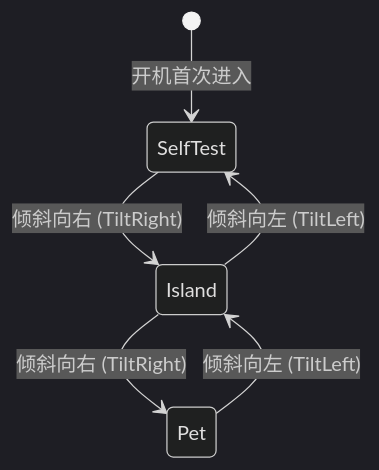
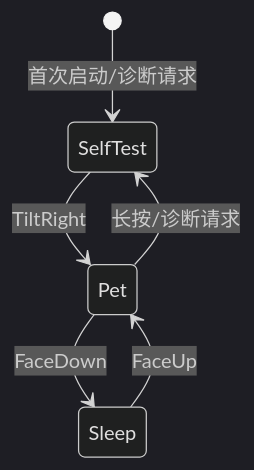
One commit to onenewcode/digivice changed the diagram in docs/architecture/04-ui-and-graphics.md. Above: the diagram before and after it, drawn with Mermaid (dark theme). The commit also changed other lines of this file and 51 other files, not shown here.

Commit message:
refactor(pet): consolidate autonomous pet architecture, BLE services, and storage hardening

````diff
--- a/docs/architecture/04-ui-and-graphics.md
+++ b/docs/architecture/04-ui-and-graphics.md
@@ -32,8 +114,8 @@
 ```mermaid
 stateDiagram-v2
-    [*] --> SelfTest: 开机首次进入
-    SelfTest --> Island: 倾斜向右 (TiltRight)
-    Island --> Pet: 倾斜向右 (TiltRight)
-    Pet --> Island: 倾斜向左 (TiltLeft)
-    Island --> SelfTest: 倾斜向左 (TiltLeft)
+    [*] --> SelfTest: 首次启动/诊断请求
+    SelfTest --> Pet: TiltRight
+    Pet --> SelfTest: 长按/诊断请求
+    Pet --> Sleep: FaceDown
+    Sleep --> Pet: FaceUp
 ```
````
